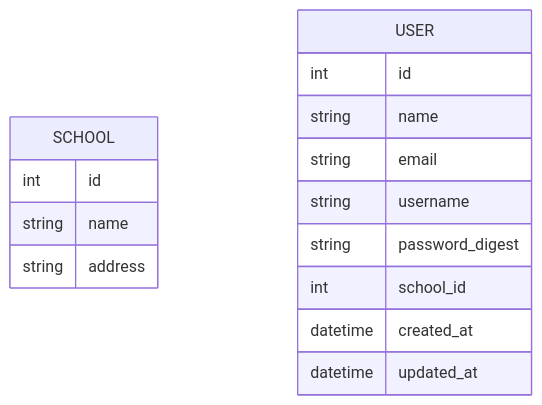
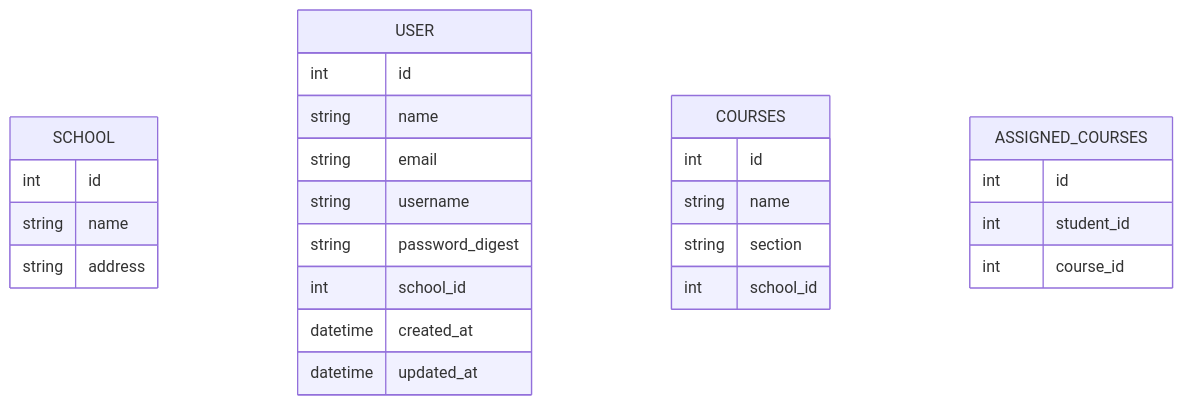
One commit to ripterdust/SchoolManagementSystem changed the diagram in diagrams/class/database.md. Above: the diagram before and after it, drawn with Mermaid.

Commit message:
Added tables

````diff
--- a/diagrams/class/database.md
+++ b/diagrams/class/database.md
@@ -5,23 +5,36 @@
 ```mermaid
 
     erDiagram
 
     SCHOOL {
         int id
         string name
         string address
     }
 
     USER {
         int id
         string name
         string email
         string username
         string password_digest
         int school_id
         datetime created_at
         datetime updated_at
     }
 
+    COURSES {
+        int id
+        string name
+        string section
+        int school_id
+    }
+
+    ASSIGNED_COURSES {
+        int id
+        int student_id
+        int course_id
+    }
+
 
 ```
````
